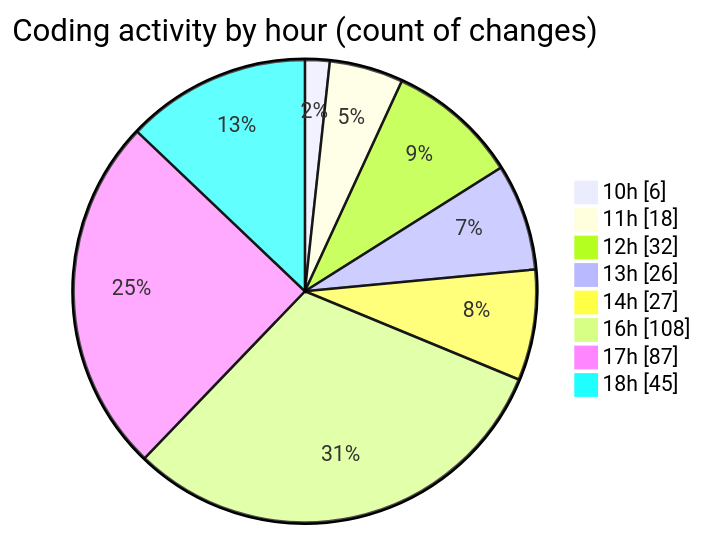
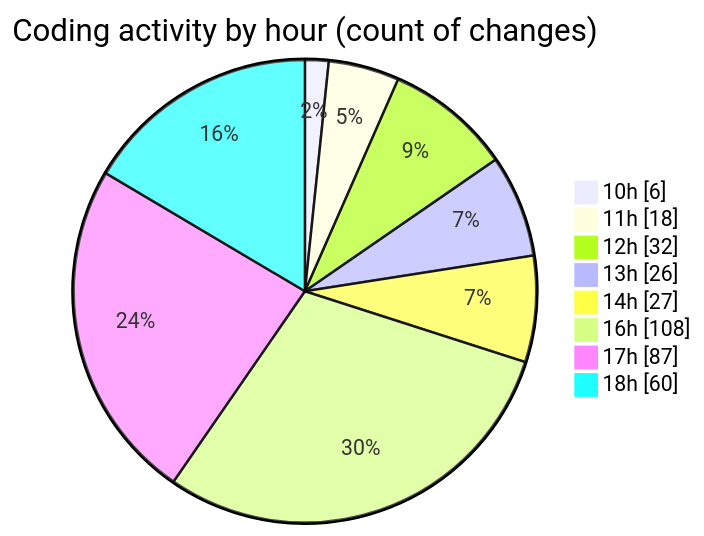
Before and after one commit to momahboobian/code-tracking: the second of 2 diagrams in 2026-09-03/cda/README.md, drawn with Mermaid. The commit also changed other lines of this file and 1 other file, not shown here.

````diff
--- a/2026-09-03/cda/README.md
+++ b/2026-09-03/cda/README.md
@@ -101,12 +112,12 @@
 ```mermaid
 pie showData
 title Coding activity by hour (count of changes)
 "10h" : 6
 "11h" : 18
 "12h" : 32
 "13h" : 26
 "14h" : 27
 "16h" : 108
 "17h" : 87
-"18h" : 45
+"18h" : 60
 ```
````
